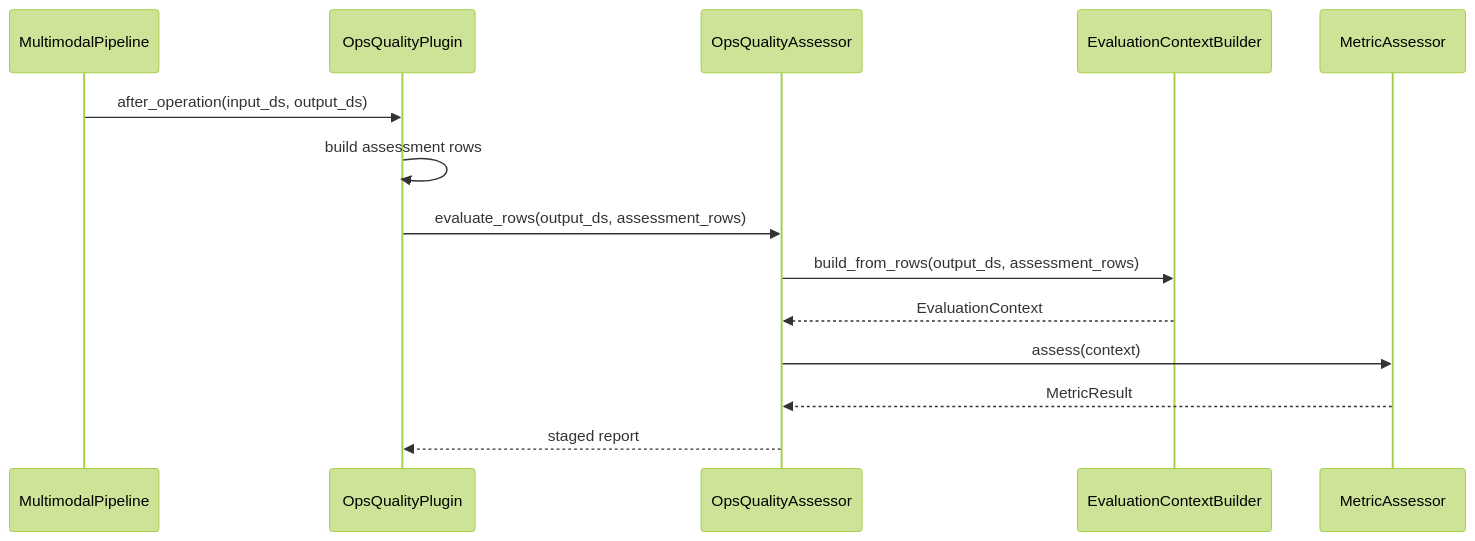
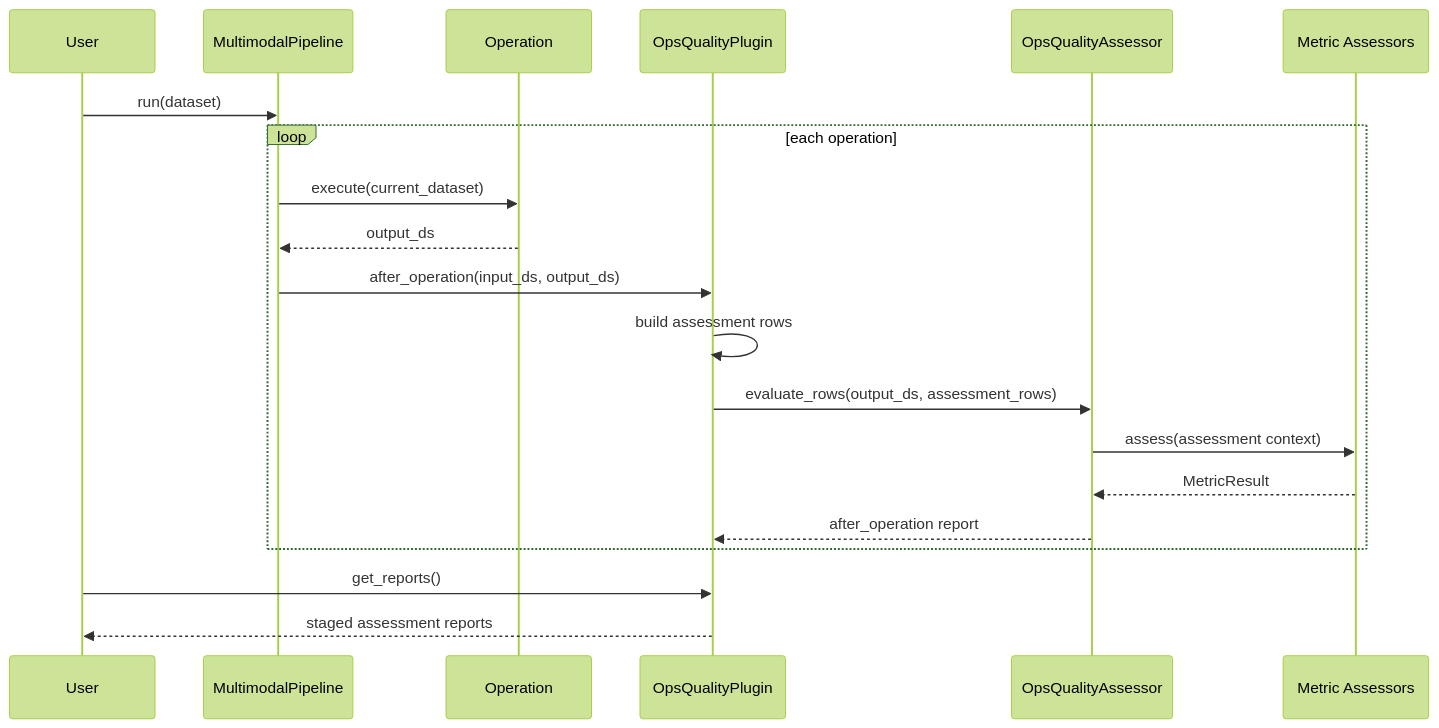
One commit to Wenwen555/ops-quality-assessment changed the diagram in docs/implementation-roadmap.md. Above: the diagram before and after it, drawn with Mermaid (forest theme). The commit also changed other lines of this file and 10 other files, not shown here.

````diff
--- a/docs/implementation-roadmap.md
+++ b/docs/implementation-roadmap.md
@@ -58,17 +77,25 @@
 ```mermaid
 sequenceDiagram
+    participant User as User
     participant Pipeline as MultimodalPipeline
+    participant Operation as Operation
     participant Plugin as OpsQualityPlugin
     participant Assessor as OpsQualityAssessor
-    participant Builder as EvaluationContextBuilder
-    participant Metric as MetricAssessor
+    participant Metric as Metric Assessors
 
-    Pipeline->>Plugin: after_operation(input_ds, output_ds)
-    Plugin->>Plugin: build assessment rows
-    Plugin->>Assessor: evaluate_rows(output_ds, assessment_rows)
-    Assessor->>Builder: build_from_rows(output_ds, assessment_rows)
-    Builder-->>Assessor: EvaluationContext
-    Assessor->>Metric: assess(context)
-    Metric-->>Assessor: MetricResult
-    Assessor-->>Plugin: staged report
+    User->>Pipeline: run(dataset)
+
+    loop each operation
+        Pipeline->>Operation: execute(current_dataset)
+        Operation-->>Pipeline: output_ds
+        Pipeline->>Plugin: after_operation(input_ds, output_ds)
+        Plugin->>Plugin: build assessment rows
+        Plugin->>Assessor: evaluate_rows(output_ds, assessment_rows)
+        Assessor->>Metric: assess(assessment context)
+        Metric-->>Assessor: MetricResult
+        Assessor-->>Plugin: after_operation report
+    end
+
+    User->>Plugin: get_reports()
+    Plugin-->>User: staged assessment reports
 ```
````
